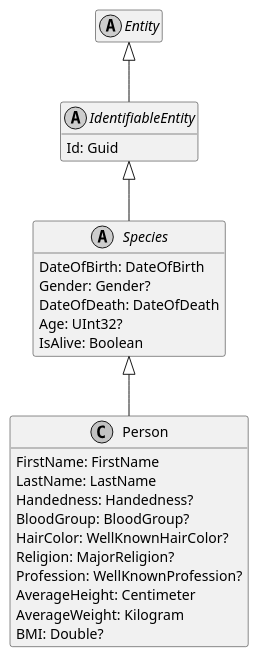
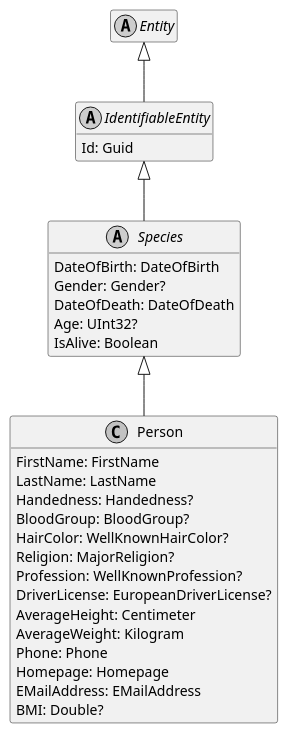
One commit to ObiWanLansi/DoofesZeug changed the diagram in Documentation/Generated/Entities/DoofesZeug.Entities.Specieses.Human/Person.puml. Above: the diagram before and after it, drawn with PlantUML. The commit also changed 39 other files, not shown here.

Commit message:
Finished Phone, EMailAddress And Homepage Entities

```diff
--- a/Documentation/Generated/Entities/DoofesZeug.Entities.Specieses.Human/Person.puml
+++ b/Documentation/Generated/Entities/DoofesZeug.Entities.Specieses.Human/Person.puml
@@ -1,39 +1,43 @@
 @startuml
 skinparam monochrome true
 hide empty members
 
 abstract class Entity {
 }
 
 Entity <|-- IdentifiableEntity
 
 abstract class IdentifiableEntity {
     Id: Guid
 }
 
 IdentifiableEntity <|-- Species
 
 abstract class Species {
     DateOfBirth: DateOfBirth
     Gender: Gender?
     DateOfDeath: DateOfDeath
     Age: UInt32?
     IsAlive: Boolean
 }
 
 Species <|-- Person
 
 class Person {
     FirstName: FirstName
     LastName: LastName
     Handedness: Handedness?
     BloodGroup: BloodGroup?
     HairColor: WellKnownHairColor?
     Religion: MajorReligion?
     Profession: WellKnownProfession?
+    DriverLicense: EuropeanDriverLicense?
     AverageHeight: Centimeter
     AverageWeight: Kilogram
+    Phone: Phone
+    Homepage: Homepage
+    EMailAddress: EMailAddress
     BMI: Double?
 }
 
 @enduml
```
